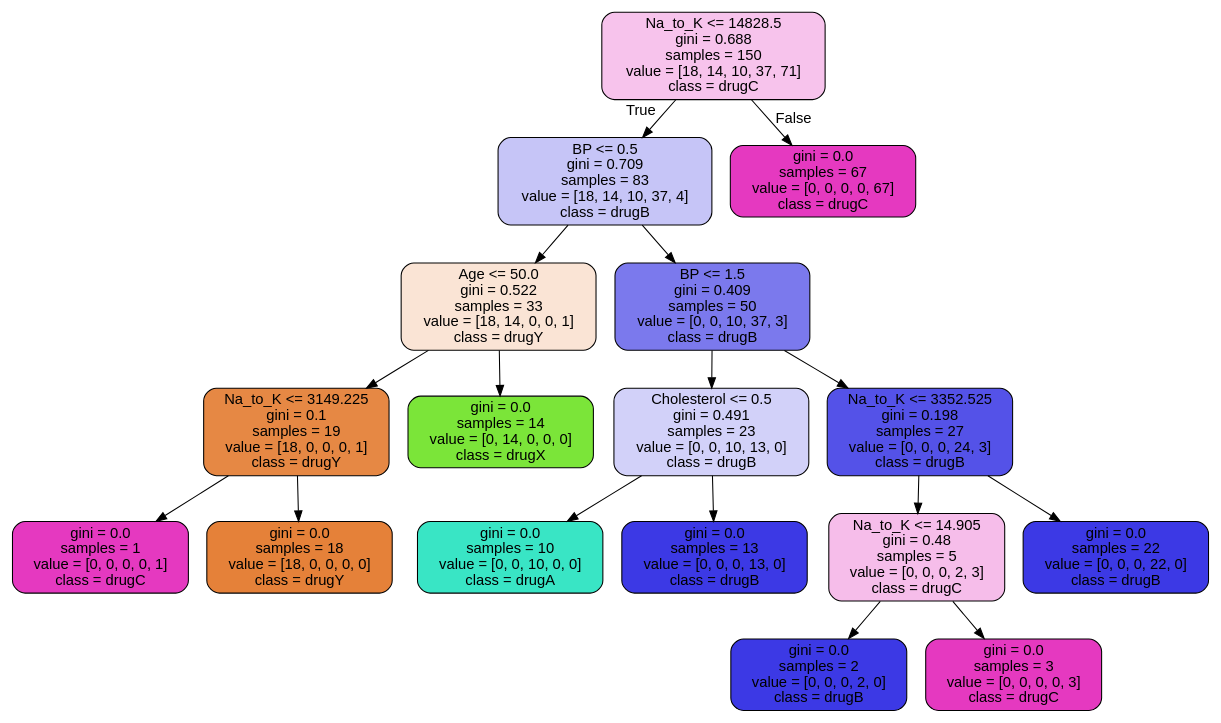
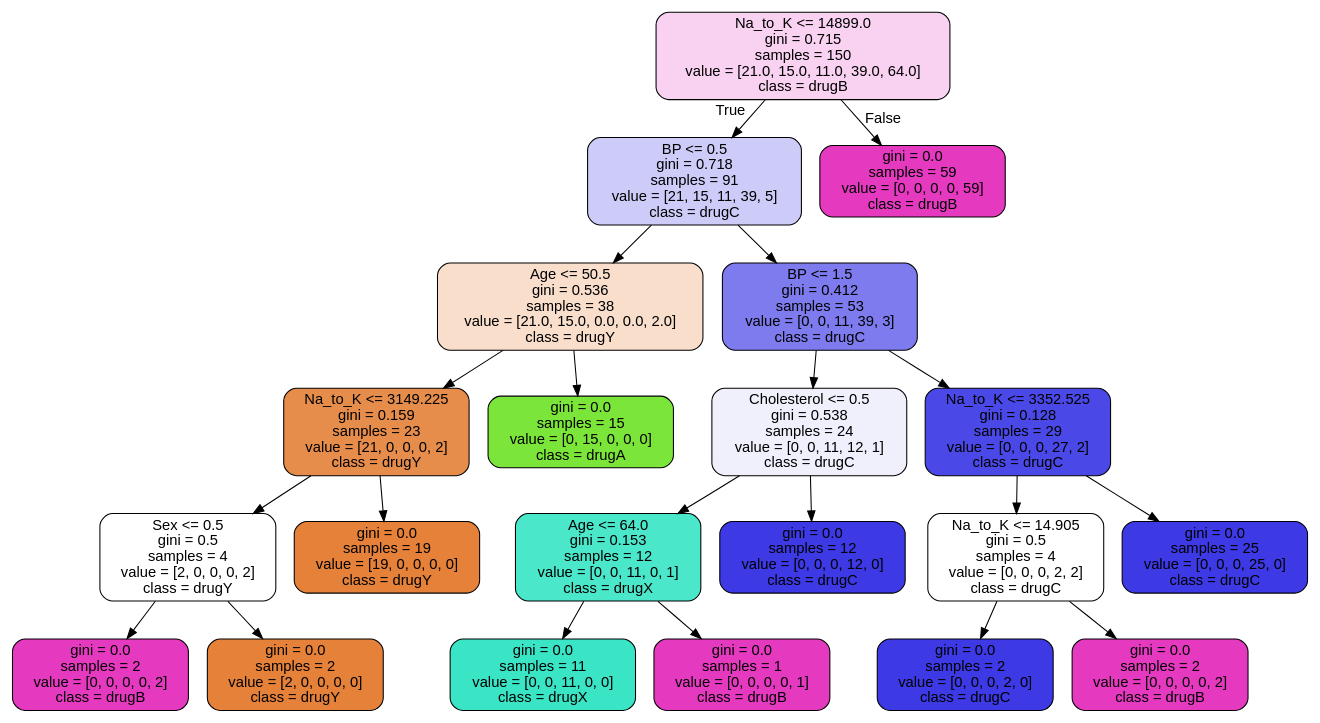
One commit to pablesite/master-matematicas changed the diagram in tecnicas-multivariantes/images/arbol_clf_default.dot. Above: the diagram before and after it, drawn with Graphviz. The commit also changed 8 other files, not shown here.

```diff
--- a/tecnicas-multivariantes/images/arbol_clf_default.dot
+++ b/tecnicas-multivariantes/images/arbol_clf_default.dot
@@ -1,37 +1,45 @@
 digraph Tree {
 node [shape=box, style="filled, rounded", color="black", fontname="helvetica"] ;
 edge [fontname="helvetica"] ;
-0 [label="Na_to_K <= 14828.5\ngini = 0.688\nsamples = 150\nvalue = [18, 14, 10, 37, 71]\nclass = drugC", fillcolor="#f7c3ec"] ;
-1 [label="BP <= 0.5\ngini = 0.709\nsamples = 83\nvalue = [18, 14, 10, 37, 4]\nclass = drugB", fillcolor="#c6c5f7"] ;
+0 [label="Na_to_K <= 14899.0\ngini = 0.715\nsamples = 150\nvalue = [21.0, 15.0, 11.0, 39.0, 64.0]\nclass = drugB", fillcolor="#f9d2f1"] ;
+1 [label="BP <= 0.5\ngini = 0.718\nsamples = 91\nvalue = [21, 15, 11, 39, 5]\nclass = drugC", fillcolor="#cdccf8"] ;
 0 -> 1 [labeldistance=2.5, labelangle=45, headlabel="True"] ;
-2 [label="Age <= 50.0\ngini = 0.522\nsamples = 33\nvalue = [18, 14, 0, 0, 1]\nclass = drugY", fillcolor="#fae4d5"] ;
+2 [label="Age <= 50.5\ngini = 0.536\nsamples = 38\nvalue = [21.0, 15.0, 0.0, 0.0, 2.0]\nclass = drugY", fillcolor="#f8decb"] ;
 1 -> 2 ;
-3 [label="Na_to_K <= 3149.225\ngini = 0.1\nsamples = 19\nvalue = [18, 0, 0, 0, 1]\nclass = drugY", fillcolor="#e68844"] ;
+3 [label="Na_to_K <= 3149.225\ngini = 0.159\nsamples = 23\nvalue = [21, 0, 0, 0, 2]\nclass = drugY", fillcolor="#e78d4c"] ;
 2 -> 3 ;
-4 [label="gini = 0.0\nsamples = 1\nvalue = [0, 0, 0, 0, 1]\nclass = drugC", fillcolor="#e539c0"] ;
+4 [label="Sex <= 0.5\ngini = 0.5\nsamples = 4\nvalue = [2, 0, 0, 0, 2]\nclass = drugY", fillcolor="#ffffff"] ;
 3 -> 4 ;
-5 [label="gini = 0.0\nsamples = 18\nvalue = [18, 0, 0, 0, 0]\nclass = drugY", fillcolor="#e58139"] ;
-3 -> 5 ;
-6 [label="gini = 0.0\nsamples = 14\nvalue = [0, 14, 0, 0, 0]\nclass = drugX", fillcolor="#7be539"] ;
-2 -> 6 ;
-7 [label="BP <= 1.5\ngini = 0.409\nsamples = 50\nvalue = [0, 0, 10, 37, 3]\nclass = drugB", fillcolor="#7b79ed"] ;
-1 -> 7 ;
-8 [label="Cholesterol <= 0.5\ngini = 0.491\nsamples = 23\nvalue = [0, 0, 10, 13, 0]\nclass = drugB", fillcolor="#d2d1f9"] ;
-7 -> 8 ;
-9 [label="gini = 0.0\nsamples = 10\nvalue = [0, 0, 10, 0, 0]\nclass = drugA", fillcolor="#39e5c5"] ;
-8 -> 9 ;
-10 [label="gini = 0.0\nsamples = 13\nvalue = [0, 0, 0, 13, 0]\nclass = drugB", fillcolor="#3c39e5"] ;
-8 -> 10 ;
-11 [label="Na_to_K <= 3352.525\ngini = 0.198\nsamples = 27\nvalue = [0, 0, 0, 24, 3]\nclass = drugB", fillcolor="#5452e8"] ;
-7 -> 11 ;
-12 [label="Na_to_K <= 14.905\ngini = 0.48\nsamples = 5\nvalue = [0, 0, 0, 2, 3]\nclass = drugC", fillcolor="#f6bdea"] ;
+5 [label="gini = 0.0\nsamples = 2\nvalue = [0, 0, 0, 0, 2]\nclass = drugB", fillcolor="#e539c0"] ;
+4 -> 5 ;
+6 [label="gini = 0.0\nsamples = 2\nvalue = [2, 0, 0, 0, 0]\nclass = drugY", fillcolor="#e58139"] ;
+4 -> 6 ;
+7 [label="gini = 0.0\nsamples = 19\nvalue = [19, 0, 0, 0, 0]\nclass = drugY", fillcolor="#e58139"] ;
+3 -> 7 ;
+8 [label="gini = 0.0\nsamples = 15\nvalue = [0, 15, 0, 0, 0]\nclass = drugA", fillcolor="#7be539"] ;
+2 -> 8 ;
+9 [label="BP <= 1.5\ngini = 0.412\nsamples = 53\nvalue = [0, 0, 11, 39, 3]\nclass = drugC", fillcolor="#7d7bee"] ;
+1 -> 9 ;
+10 [label="Cholesterol <= 0.5\ngini = 0.538\nsamples = 24\nvalue = [0, 0, 11, 12, 1]\nclass = drugC", fillcolor="#f0f0fd"] ;
+9 -> 10 ;
+11 [label="Age <= 64.0\ngini = 0.153\nsamples = 12\nvalue = [0, 0, 11, 0, 1]\nclass = drugX", fillcolor="#4be7ca"] ;
+10 -> 11 ;
+12 [label="gini = 0.0\nsamples = 11\nvalue = [0, 0, 11, 0, 0]\nclass = drugX", fillcolor="#39e5c5"] ;
 11 -> 12 ;
-13 [label="gini = 0.0\nsamples = 2\nvalue = [0, 0, 0, 2, 0]\nclass = drugB", fillcolor="#3c39e5"] ;
-12 -> 13 ;
-14 [label="gini = 0.0\nsamples = 3\nvalue = [0, 0, 0, 0, 3]\nclass = drugC", fillcolor="#e539c0"] ;
-12 -> 14 ;
-15 [label="gini = 0.0\nsamples = 22\nvalue = [0, 0, 0, 22, 0]\nclass = drugB", fillcolor="#3c39e5"] ;
-11 -> 15 ;
-16 [label="gini = 0.0\nsamples = 67\nvalue = [0, 0, 0, 0, 67]\nclass = drugC", fillcolor="#e539c0"] ;
-0 -> 16 [labeldistance=2.5, labelangle=-45, headlabel="False"] ;
+13 [label="gini = 0.0\nsamples = 1\nvalue = [0, 0, 0, 0, 1]\nclass = drugB", fillcolor="#e539c0"] ;
+11 -> 13 ;
+14 [label="gini = 0.0\nsamples = 12\nvalue = [0, 0, 0, 12, 0]\nclass = drugC", fillcolor="#3c39e5"] ;
+10 -> 14 ;
+15 [label="Na_to_K <= 3352.525\ngini = 0.128\nsamples = 29\nvalue = [0, 0, 0, 27, 2]\nclass = drugC", fillcolor="#4a48e7"] ;
+9 -> 15 ;
+16 [label="Na_to_K <= 14.905\ngini = 0.5\nsamples = 4\nvalue = [0, 0, 0, 2, 2]\nclass = drugC", fillcolor="#ffffff"] ;
+15 -> 16 ;
+17 [label="gini = 0.0\nsamples = 2\nvalue = [0, 0, 0, 2, 0]\nclass = drugC", fillcolor="#3c39e5"] ;
+16 -> 17 ;
+18 [label="gini = 0.0\nsamples = 2\nvalue = [0, 0, 0, 0, 2]\nclass = drugB", fillcolor="#e539c0"] ;
+16 -> 18 ;
+19 [label="gini = 0.0\nsamples = 25\nvalue = [0, 0, 0, 25, 0]\nclass = drugC", fillcolor="#3c39e5"] ;
+15 -> 19 ;
+20 [label="gini = 0.0\nsamples = 59\nvalue = [0, 0, 0, 0, 59]\nclass = drugB", fillcolor="#e539c0"] ;
+0 -> 20 [labeldistance=2.5, labelangle=-45, headlabel="False"] ;
 }
```
